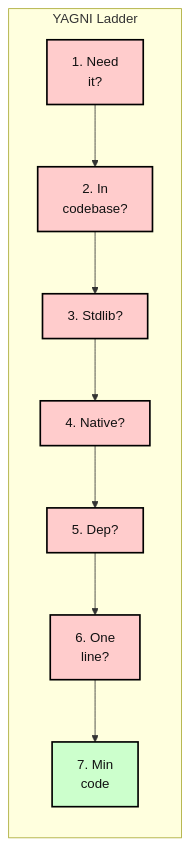
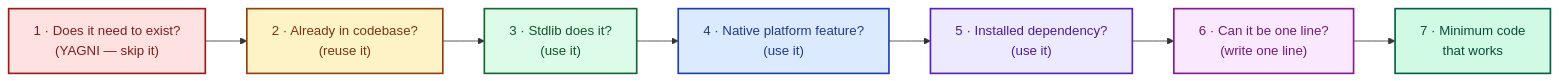
Before and after one commit to z99wE/tokenomics-plugin: the second of 3 diagrams in README.md, drawn with Mermaid. The commit also changed other lines of this file and 4 other files, not shown here.

Commit message:
Improve documentation, logo, mermaid diagrams, DSH trust signals

````diff
--- a/README.md
+++ b/README.md
@@ -99,19 +103,25 @@
 ```mermaid
-graph LR
-    subgraph YAGNI ["YAGNI Ladder"]
-        1[1. Need<br/>it?] --> 2[2. In<br/>codebase?]
-        2 --> 3[3. Stdlib?]
-        3 --> 4[4. Native?]
-        4 --> 5[5. Dep?]
-        5 --> 6[6. One<br/>line?]
-        6 --> 7[7. Min<br/>code]
-    end
+flowchart LR
+    R1["1 · Does it need to exist?<br/>(YAGNI — skip it)"] --> R2["2 · Already in codebase?<br/>(reuse it)"]
+    R2 --> R3["3 · Stdlib does it?<br/>(use it)"]
+    R3 --> R4["4 · Native platform feature?<br/>(use it)"]
+    R4 --> R5["5 · Installed dependency?<br/>(use it)"]
+    R5 --> R6["6 · Can it be one line?<br/>(write one line)"]
+    R6 --> R7["7 · Minimum code<br/>that works"]
 
-    style 1 fill:#ffcccc,stroke:#000,stroke-width:2px,color:#111
-    style 2 fill:#ffcccc,stroke:#000,stroke-width:2px,color:#111
-    style 3 fill:#ffcccc,stroke:#000,stroke-width:2px,color:#111
-    style 4 fill:#ffcccc,stroke:#000,stroke-width:2px,color:#111
-    style 5 fill:#ffcccc,stroke:#000,stroke-width:2px,color:#111
-    style 6 fill:#ffcccc,stroke:#000,stroke-width:2px,color:#111
-    style 7 fill:#ccffcc,stroke:#000,stroke-width:2px,color:#111
+    classDef ask fill:#fee2e2,stroke:#991b1b,stroke-width:2px,color:#7f1d1d
+    classDef reuse fill:#fef3c7,stroke:#92400e,stroke-width:2px,color:#78350f
+    classDef stdlib fill:#dcfce7,stroke:#166534,stroke-width:2px,color:#14532d
+    classDef native fill:#dbeafe,stroke:#1e40af,stroke-width:2px,color:#1e3a8a
+    classDef dep fill:#ede9fe,stroke:#5b21b6,stroke-width:2px,color:#4c1d95
+    classDef oneline fill:#fae8ff,stroke:#86198f,stroke-width:2px,color:#701a75
+    classDef write fill:#d1fae5,stroke:#065f46,stroke-width:2px,color:#064e3b
+
+    class R1 ask
+    class R2 reuse
+    class R3 stdlib
+    class R4 native
+    class R5 dep
+    class R6 oneline
+    class R7 write
 ```
````
